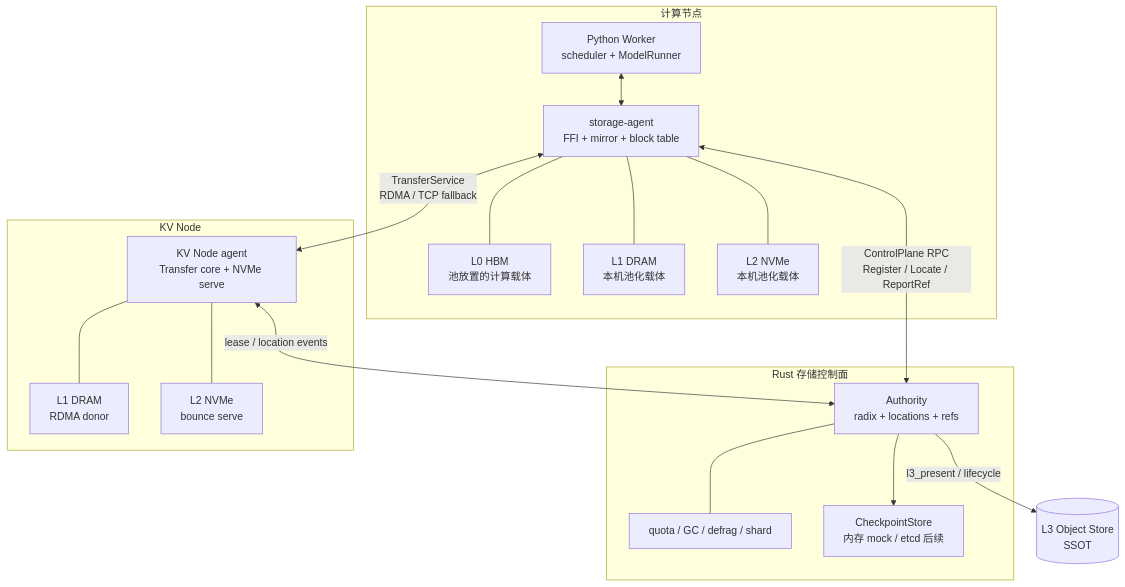
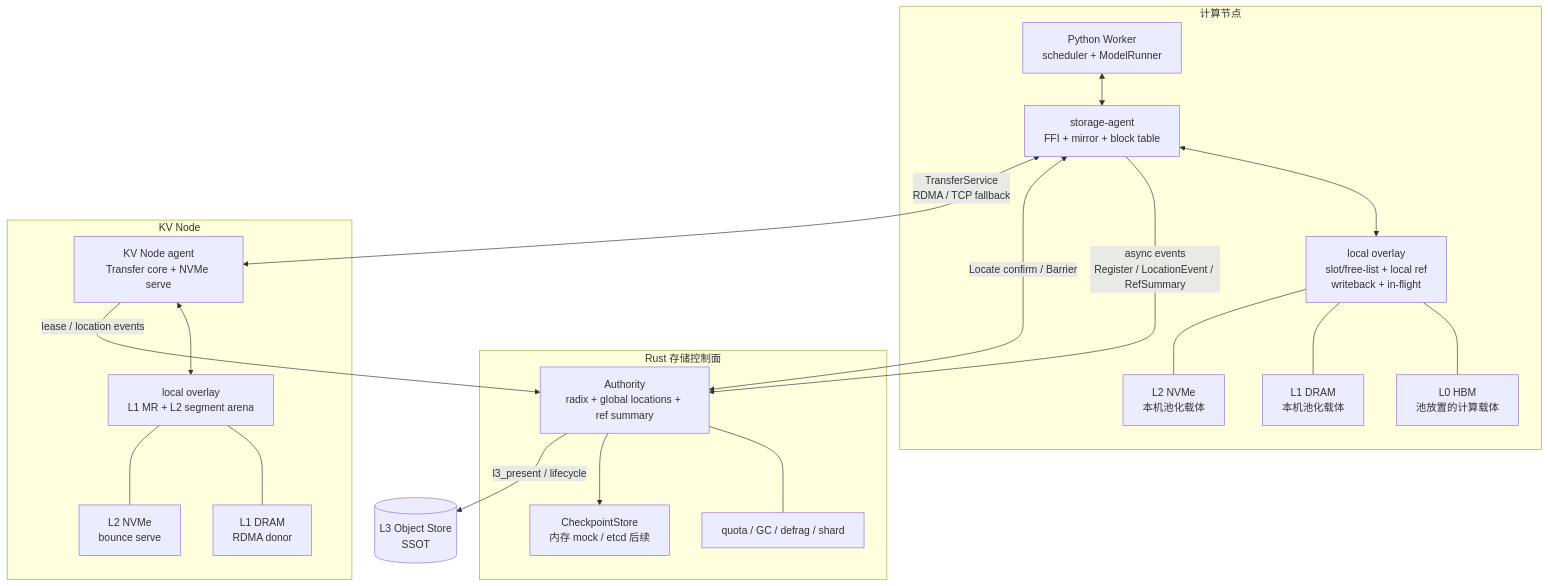
The diagram in docs/architecture/kv-cache-pool.md (chengda-wu/lake), drawn with Mermaid before and after one commit. The commit also changed other lines of this file and 3 other files, not shown here.

First line of the commit message:
docs(P4): 明确 agent local overlay 边界

````diff
--- a/docs/architecture/kv-cache-pool.md
+++ b/docs/architecture/kv-cache-pool.md
@@ -106,37 +106,42 @@
 ```mermaid
 flowchart TB
     subgraph cp["Rust 存储控制面"]
-        authority["Authority\nradix + locations + refs"]
+        authority["Authority\nradix + global locations + ref summary"]
         quotaGc["quota / GC / defrag / shard"]
         checkpoint["CheckpointStore\n内存 mock / etcd 后续"]
         authority --- quotaGc
         authority --> checkpoint
     end
 
     subgraph computeNode["计算节点"]
         worker["Python Worker\nscheduler + ModelRunner"]
         computeAgent["storage-agent\nFFI + mirror + block table"]
+        computeOverlay["local overlay\nslot/free-list + local ref\nwriteback + in-flight"]
         l0["L0 HBM\n池放置的计算载体"]
         l1Local["L1 DRAM\n本机池化载体"]
         l2Local["L2 NVMe\n本机池化载体"]
         worker <--> computeAgent
-        computeAgent --- l0
-        computeAgent --- l1Local
-        computeAgent --- l2Local
+        computeAgent <--> computeOverlay
+        computeOverlay --- l0
+        computeOverlay --- l1Local
+        computeOverlay --- l2Local
     end
 
     subgraph kvNode["KV Node"]
         kvAgent["KV Node agent\nTransfer core + NVMe serve"]
+        kvOverlay["local overlay\nL1 MR + L2 segment arena"]
         l1Remote["L1 DRAM\nRDMA donor"]
         l2Remote["L2 NVMe\nbounce serve"]
-        kvAgent --- l1Remote
-        kvAgent --- l2Remote
+        kvAgent <--> kvOverlay
+        kvOverlay --- l1Remote
+        kvOverlay --- l2Remote
     end
 
     l3[("L3 Object Store\nSSOT")]
 
-    computeAgent <-->|"ControlPlane RPC\nRegister / Locate / ReportRef"| authority
-    kvAgent <-->|"lease / location events"| authority
+    computeAgent -->|"async events\nRegister / LocationEvent / RefSummary"| authority
+    computeAgent <-->|"Locate confirm / Barrier"| authority
+    kvAgent -->|"lease / location events"| authority
     computeAgent <-->|"TransferService\nRDMA / TCP fallback"| kvAgent
     authority -->|"l3_present / lifecycle"| l3
 ```
````
